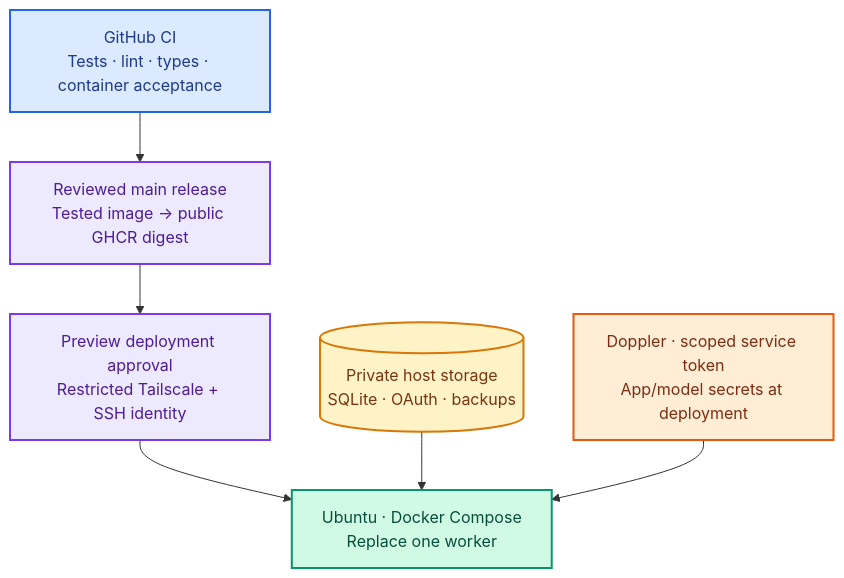
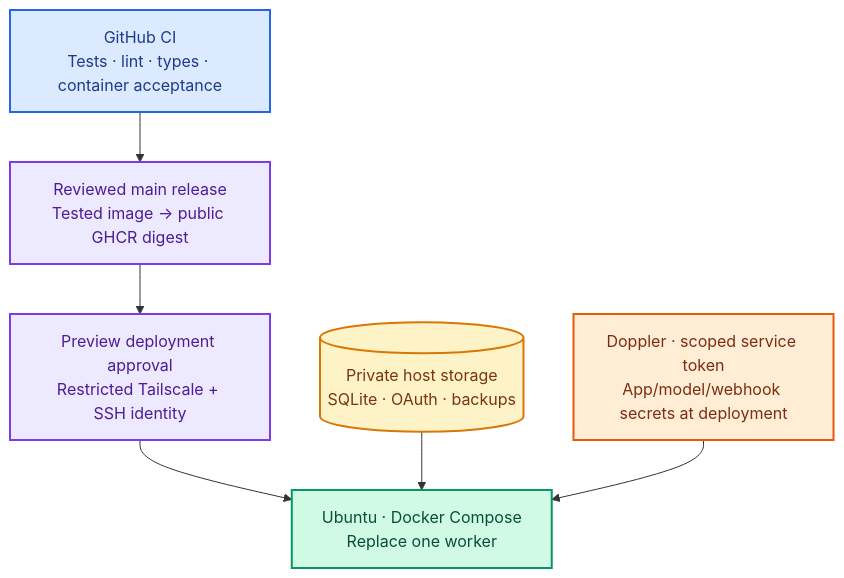
Before and after one commit to mbeka02/task-list-submission-automation: the fifth of 5 diagrams in README.md, drawn with Mermaid. The commit also changed other lines of this file and 3 other files, not shown here.

````diff
--- a/README.md
+++ b/README.md
@@ -416,17 +422,17 @@
 ```mermaid
 flowchart TB
     CI["GitHub CI<br/>Tests · lint · types · container acceptance"]:::ci
     IMAGE["Reviewed main release<br/>Tested image → public GHCR digest"]:::release
     GATE["Preview deployment approval<br/>Restricted Tailscale + SSH identity"]:::release
     HOST["Ubuntu · Docker Compose<br/>Replace one worker"]:::host
     DATA[("Private host storage<br/>SQLite · OAuth · backups")]:::data
-    DOPPLER["Doppler · scoped service token<br/>App/model secrets at deployment"]:::secret
+    DOPPLER["Doppler · scoped service token<br/>App/model/webhook secrets at deployment"]:::secret
     CI --> IMAGE --> GATE --> HOST
     DATA --> HOST
     DOPPLER --> HOST
     classDef ci fill:#dbeafe,stroke:#2563eb,color:#1e3a8a,stroke-width:2px;
     classDef release fill:#ede9fe,stroke:#7c3aed,color:#4c1d95,stroke-width:2px;
     classDef host fill:#d1fae5,stroke:#059669,color:#064e3b,stroke-width:2px;
     classDef data fill:#fef3c7,stroke:#d97706,color:#78350f,stroke-width:2px;
     classDef secret fill:#ffedd5,stroke:#ea580c,color:#7c2d12,stroke-width:2px;
 ```
````
